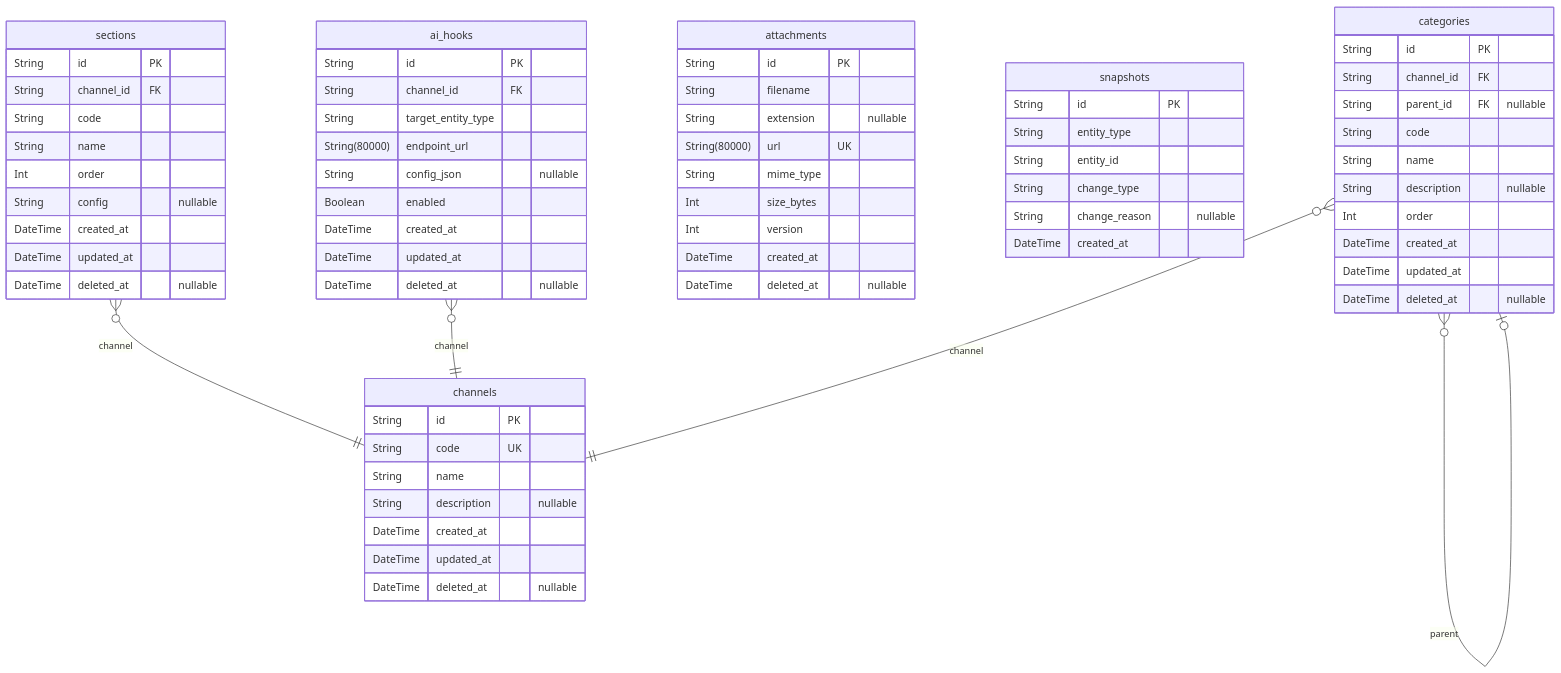
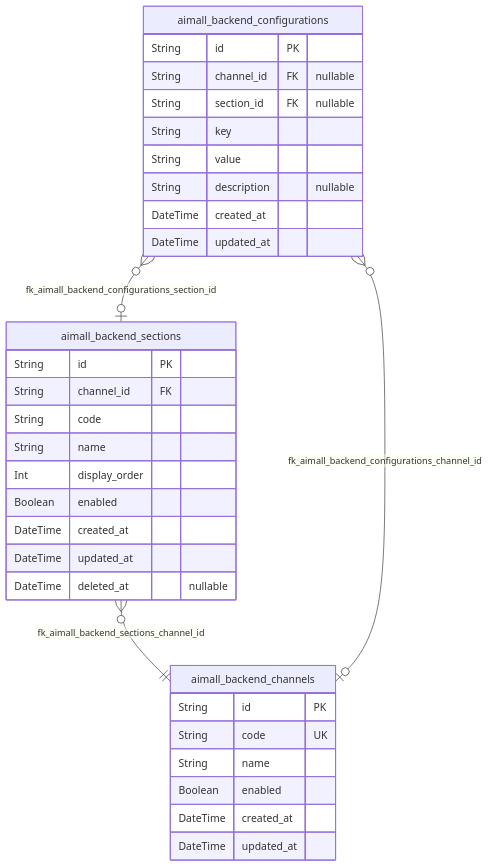
Before and after one commit to wrtnlabs/autobe-example-shopping-openai-gpt-4.1: the first of 10 diagrams in docs/ERD.md, drawn with Mermaid. The commit also changed other lines of this file and 2260 other files, not shown here.

````diff
--- a/docs/ERD.md
+++ b/docs/ERD.md
@@ -19,69 +18,35 @@
 ```mermaid
 erDiagram
-"channels" {
+"aimall_backend_channels" {
   String id PK
   String code UK
   String name
-  String description "nullable"
+  Boolean enabled
   DateTime created_at
   DateTime updated_at
-  DateTime deleted_at "nullable"
 }
-"sections" {
+"aimall_backend_sections" {
   String id PK
   String channel_id FK
   String code
   String name
-  Int order
-  String config "nullable"
-  DateTime created_at
-  DateTime updated_at
-  DateTime deleted_at "nullable"
-}
-"categories" {
-  String id PK
-  String channel_id FK
-  String parent_id FK "nullable"
-  String code
-  String name
-  String description "nullable"
-  Int order
-  DateTime created_at
-  DateTime updated_at
-  DateTime deleted_at "nullable"
-}
-"attachments" {
-  String id PK
-  String filename
-  String extension "nullable"
-  String(80000) url UK
-  String mime_type
-  Int size_bytes
-  Int version
-  DateTime created_at
-  DateTime deleted_at "nullable"
-}
-"snapshots" {
-  String id PK
-  String entity_type
-  String entity_id
-  String change_type
-  String change_reason "nullable"
-  DateTime created_at
-}
-"ai_hooks" {
-  String id PK
-  String channel_id FK
-  String target_entity_type
-  String(80000) endpoint_url
-  String config_json "nullable"
+  Int display_order
   Boolean enabled
   DateTime created_at
   DateTime updated_at
   DateTime deleted_at "nullable"
 }
-"sections" }o--|| "channels" : channel
-"categories" }o--|| "channels" : channel
-"categories" }o--o| "categories" : parent
-"ai_hooks" }o--|| "channels" : channel
+"aimall_backend_configurations" {
+  String id PK
+  String channel_id FK "nullable"
+  String section_id FK "nullable"
+  String key
+  String value
+  String description "nullable"
+  DateTime created_at
+  DateTime updated_at
+}
+"aimall_backend_sections" }o--|| "aimall_backend_channels" : fk_aimall_backend_sections_channel_id
+"aimall_backend_configurations" }o--o| "aimall_backend_channels" : fk_aimall_backend_configurations_channel_id
+"aimall_backend_configurations" }o--o| "aimall_backend_sections" : fk_aimall_backend_configurations_section_id
 ```
````
